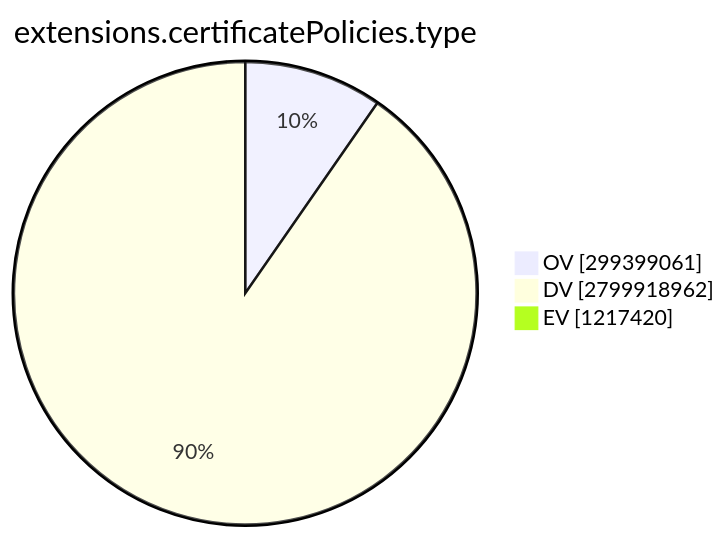
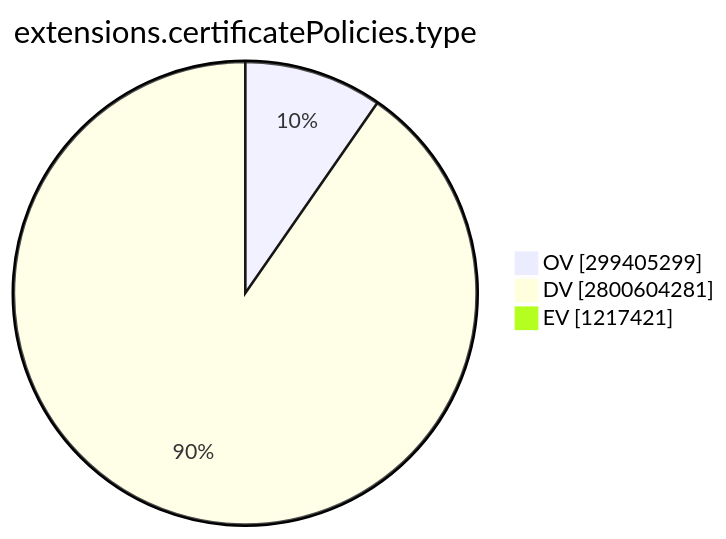
Before and after one commit to christiankrug/ctmonitor_visualization: the ninth of 15 diagrams in TOTAL/README.md, drawn with Mermaid. The commit also changed other lines of this file, not shown here.

````diff
--- a/TOTAL/README.md
+++ b/TOTAL/README.md
@@ -3101,7 +3101,7 @@
 ```mermaid
 pie showData
 title extensions.certificatePolicies.type
-"OV" :299399061
-"DV" :2799918962
-"EV" :1217420
+"OV" :299405299
+"DV" :2800604281
+"EV" :1217421
 ```
````
